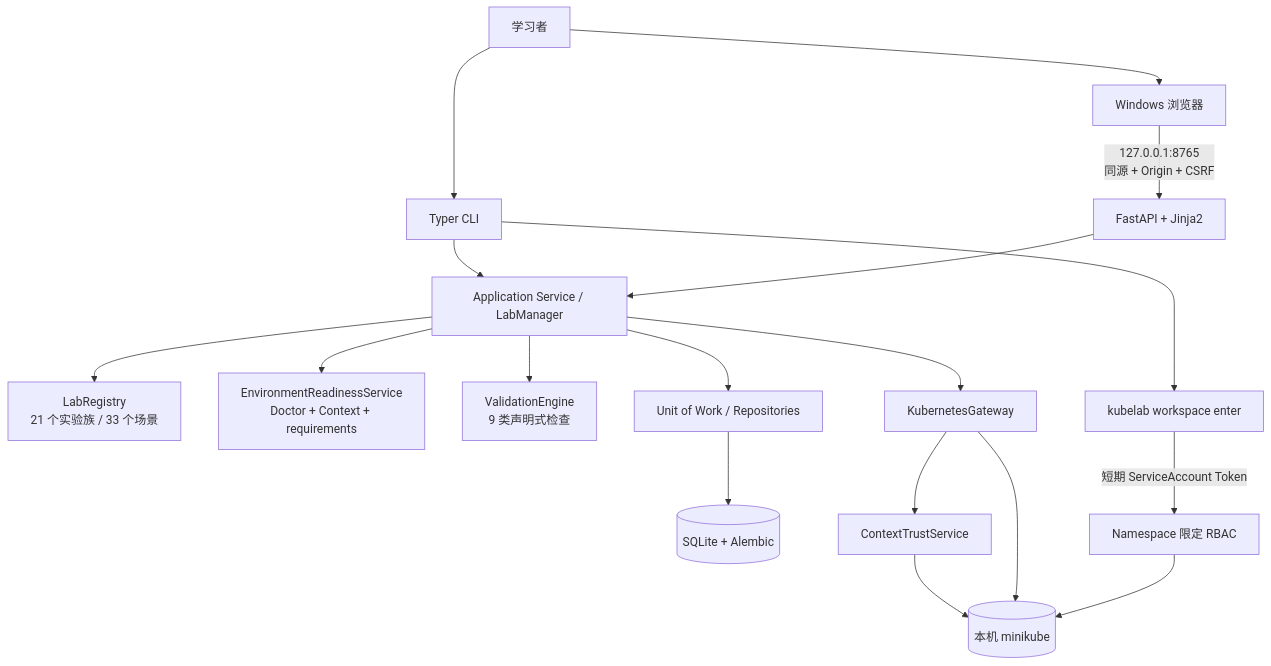
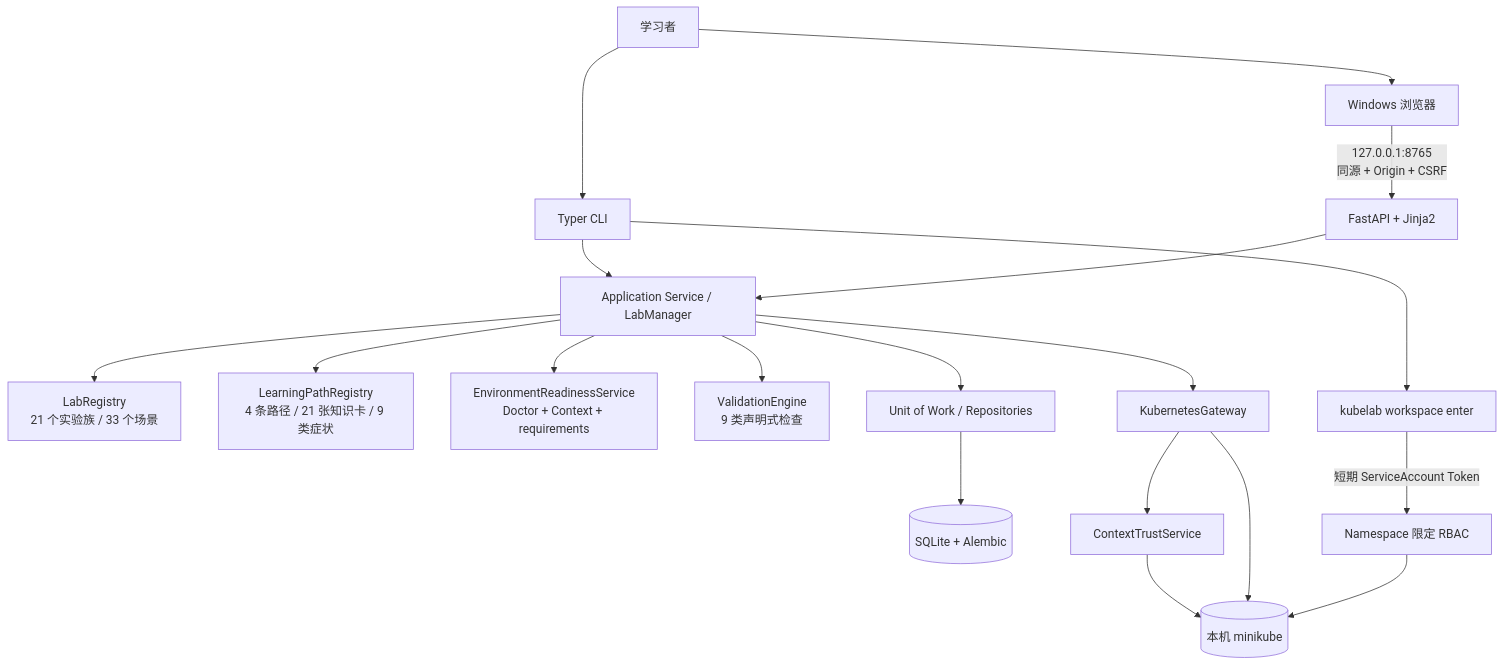
One commit to CaoJun1015/Kubelab changed the first of 2 diagrams in docs/ARCHITECTURE.md. Above: the diagram before and after it, drawn with Mermaid. The commit also changed other lines of this file and 3 other files, not shown here.

````diff
--- a/docs/ARCHITECTURE.md
+++ b/docs/ARCHITECTURE.md
@@ -5,22 +5,23 @@
 ```mermaid
 flowchart TB
     User[学习者] --> CLI[Typer CLI]
     User --> Browser[Windows 浏览器]
     Browser -->|127.0.0.1:8765\n同源 + Origin + CSRF| Web[FastAPI + Jinja2]
     CLI --> App[Application Service / LabManager]
     Web --> App
 
     App --> Registry[LabRegistry\n21 个实验族 / 33 个场景]
+    App --> Paths[LearningPathRegistry\n4 条路径 / 21 张知识卡 / 9 类症状]
     App --> Ready[EnvironmentReadinessService\nDoctor + Context + requirements]
     App --> Engine[ValidationEngine\n9 类声明式检查]
     App --> UoW[Unit of Work / Repositories]
     App --> Gateway[KubernetesGateway]
     UoW --> SQLite[(SQLite + Alembic)]
     Gateway --> Trust[ContextTrustService]
     Trust --> Minikube[(本机 minikube)]
     Gateway --> Minikube
 
     CLI --> Workspace[kubelab workspace enter]
     Workspace -->|短期 ServiceAccount Token| RBAC[Namespace 限定 RBAC]
     RBAC --> Minikube
 ```
````
